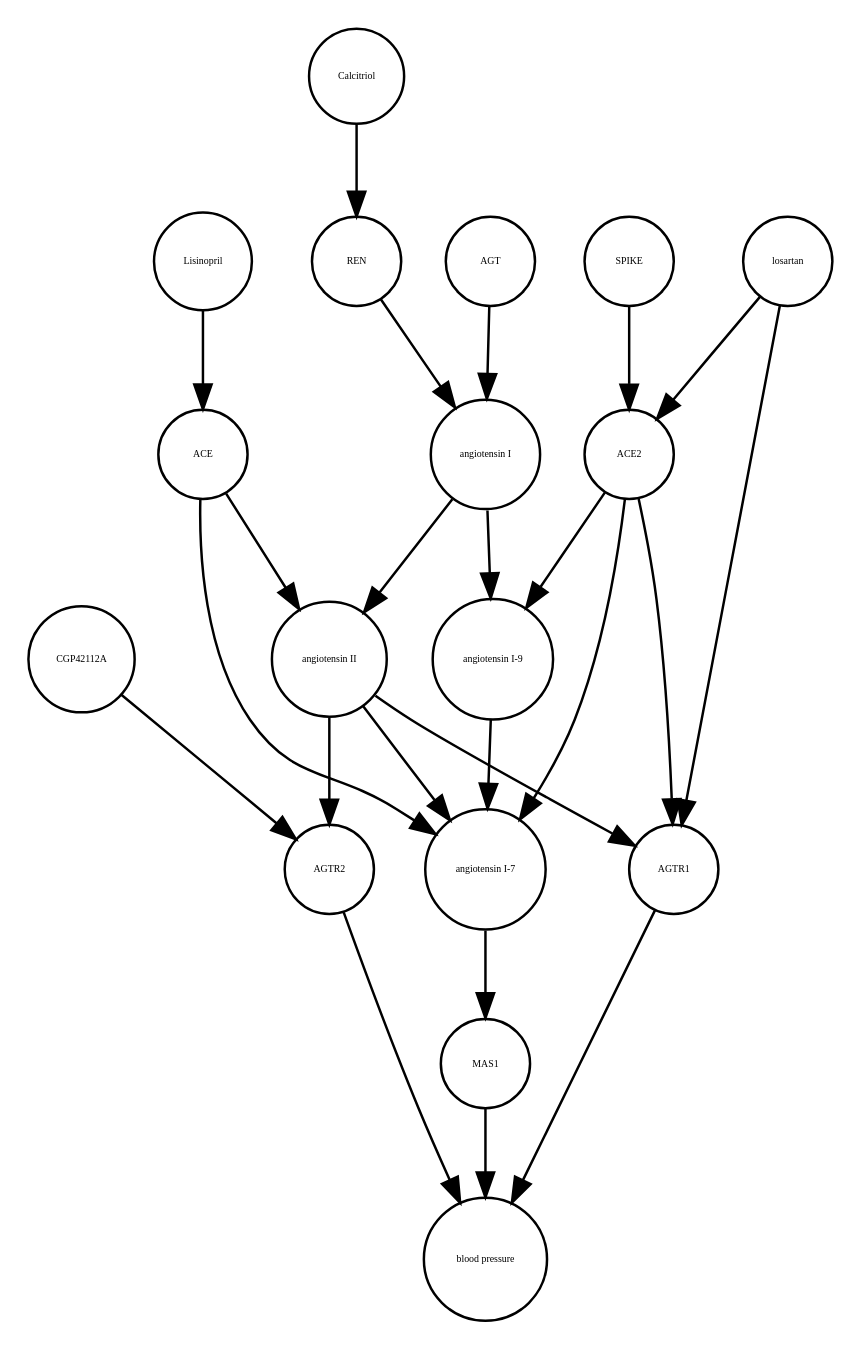
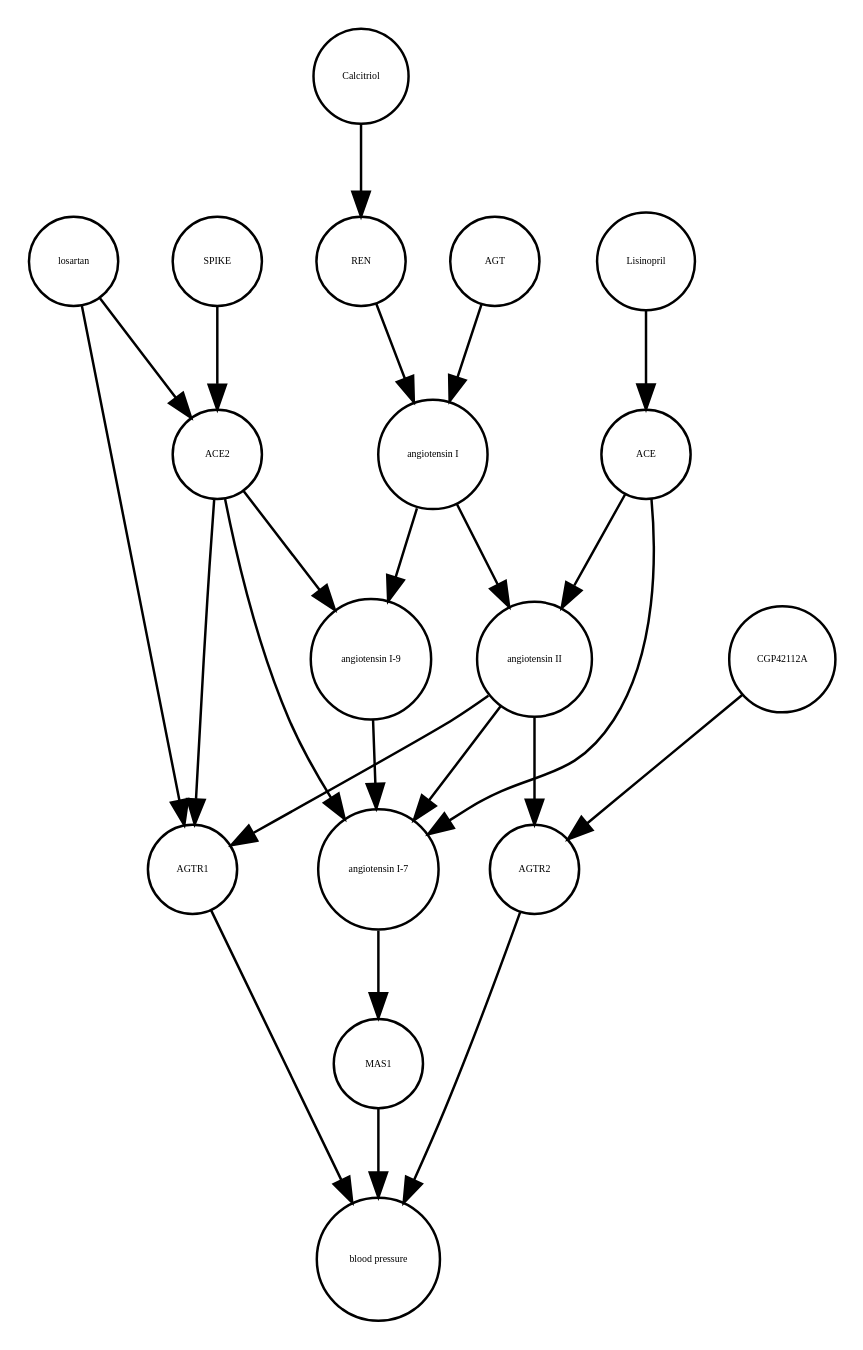
One commit to cannin/covid19-sbgn changed the diagram in Role_of_spike_ACE2_interaction_in_pulmonary_blood_pressure_regulation_v3.xml_projected.dot. Above: the diagram before and after it, drawn with Graphviz. The commit also changed 637 other files, not shown here.

```diff
--- a/Role_of_spike_ACE2_interaction_in_pulmonary_blood_pressure_regulation_v3.xml_projected.dot
+++ b/Role_of_spike_ACE2_interaction_in_pulmonary_blood_pressure_regulation_v3.xml_projected.dot
@@ -1,42 +1,42 @@
 strict digraph  {
 MAS1 [annotation="", bipartite=0, cls=macromolecule, fontsize=4, label=MAS1, shape=circle];
 "blood pressure" [annotation="", bipartite=0, cls=phenotype, fontsize=4, label="blood pressure", shape=circle];
 AGTR2 [annotation="", bipartite=0, cls=macromolecule, fontsize=4, label=AGTR2, shape=circle];
 AGTR1 [annotation="", bipartite=0, cls=macromolecule, fontsize=4, label=AGTR1, shape=circle];
+Calcitriol [annotation="", bipartite=0, cls="simple chemical", fontsize=4, label=Calcitriol, shape=circle];
+"angiotensin II" [annotation="", bipartite=0, cls="simple chemical", fontsize=4, label="angiotensin II", shape=circle];
+"angiotensin I" [annotation="", bipartite=0, cls="simple chemical", fontsize=4, label="angiotensin I", shape=circle];
+AGT [annotation="", bipartite=0, cls=macromolecule, fontsize=4, label=AGT, shape=circle];
+REN [annotation="", bipartite=0, cls=macromolecule, fontsize=4, label=REN, shape=circle];
+SPIKE [annotation="", bipartite=0, cls=macromolecule, fontsize=4, label=SPIKE, shape=circle];
+"angiotensin I-9" [annotation="", bipartite=0, cls="simple chemical", fontsize=4, label="angiotensin I-9", shape=circle];
+"angiotensin I-7" [annotation="", bipartite=0, cls="simple chemical", fontsize=4, label="angiotensin I-7", shape=circle];
+losartan [annotation="", bipartite=0, cls="simple chemical", fontsize=4, label=losartan, shape=circle];
+CGP42112A [annotation="", bipartite=0, cls="simple chemical", fontsize=4, label=CGP42112A, shape=circle];
 ACE2 [annotation="", bipartite=0, cls=macromolecule, fontsize=4, label=ACE2, shape=circle];
-losartan [annotation="", bipartite=0, cls="simple chemical", fontsize=4, label=losartan, shape=circle];
-"angiotensin I" [annotation="", bipartite=0, cls="simple chemical", fontsize=4, label="angiotensin I", shape=circle];
-SPIKE [annotation="", bipartite=0, cls=macromolecule, fontsize=4, label=SPIKE, shape=circle];
-Calcitriol [annotation="", bipartite=0, cls="simple chemical", fontsize=4, label=Calcitriol, shape=circle];
-CGP42112A [annotation="", bipartite=0, cls="simple chemical", fontsize=4, label=CGP42112A, shape=circle];
-AGT [annotation="", bipartite=0, cls=macromolecule, fontsize=4, label=AGT, shape=circle];
-"angiotensin I-9" [annotation="", bipartite=0, cls="simple chemical", fontsize=4, label="angiotensin I-9", shape=circle];
-REN [annotation="", bipartite=0, cls=macromolecule, fontsize=4, label=REN, shape=circle];
-"angiotensin II" [annotation="", bipartite=0, cls="simple chemical", fontsize=4, label="angiotensin II", shape=circle];
-"angiotensin I-7" [annotation="", bipartite=0, cls="simple chemical", fontsize=4, label="angiotensin I-7", shape=circle];
+Lisinopril [annotation="", bipartite=0, cls="simple chemical", fontsize=4, label=Lisinopril, shape=circle];
 ACE [annotation="", bipartite=0, cls=macromolecule, fontsize=4, label=ACE, shape=circle];
-Lisinopril [annotation="", bipartite=0, cls="simple chemical", fontsize=4, label=Lisinopril, shape=circle];
 MAS1 -> "blood pressure"  [annotation="", interaction_type=inhibition];
 AGTR2 -> "blood pressure"  [annotation="", interaction_type=inhibition];
 AGTR1 -> "blood pressure"  [annotation="", interaction_type=stimulation];
-ACE2 -> "angiotensin I-7"  [annotation="", interaction_type=catalysis];
-ACE2 -> "angiotensin I-9"  [annotation="", interaction_type=catalysis];
-ACE2 -> AGTR1  [annotation="", interaction_type=production];
-losartan -> AGTR1  [annotation="", interaction_type=production];
-losartan -> ACE2  [annotation="", interaction_type=production];
+Calcitriol -> REN  [annotation="", interaction_type=inhibition];
+"angiotensin II" -> AGTR1  [annotation="", interaction_type=production];
+"angiotensin II" -> AGTR2  [annotation="", interaction_type=production];
+"angiotensin II" -> "angiotensin I-7"  [annotation="", interaction_type=production];
 "angiotensin I" -> "angiotensin II"  [annotation="", interaction_type=production];
 "angiotensin I" -> "angiotensin I-9"  [annotation="", interaction_type=production];
+AGT -> "angiotensin I"  [annotation="", interaction_type=production];
+REN -> "angiotensin I"  [annotation="", interaction_type=catalysis];
 SPIKE -> ACE2  [annotation="", interaction_type=production];
-Calcitriol -> REN  [annotation="", interaction_type=inhibition];
+"angiotensin I-9" -> "angiotensin I-7"  [annotation="", interaction_type=production];
+"angiotensin I-7" -> MAS1  [annotation="", interaction_type=production];
+losartan -> ACE2  [annotation="", interaction_type=production];
+losartan -> AGTR1  [annotation="", interaction_type=production];
 CGP42112A -> AGTR2  [annotation="", interaction_type=production];
-AGT -> "angiotensin I"  [annotation="", interaction_type=production];
-"angiotensin I-9" -> "angiotensin I-7"  [annotation="", interaction_type=production];
-REN -> "angiotensin I"  [annotation="", interaction_type=catalysis];
-"angiotensin II" -> AGTR1  [annotation="", interaction_type=modulation];
-"angiotensin II" -> "angiotensin I-7"  [annotation="", interaction_type=production];
-"angiotensin II" -> AGTR2  [annotation="", interaction_type=production];
-"angiotensin I-7" -> MAS1  [annotation="", interaction_type=production];
+ACE2 -> AGTR1  [annotation="", interaction_type=production];
+ACE2 -> "angiotensin I-9"  [annotation="", interaction_type=catalysis];
+ACE2 -> "angiotensin I-7"  [annotation="", interaction_type=catalysis];
+Lisinopril -> ACE  [annotation="", interaction_type=production];
 ACE -> "angiotensin II"  [annotation="", interaction_type=catalysis];
 ACE -> "angiotensin I-7"  [annotation="", interaction_type=catalysis];
-Lisinopril -> ACE  [annotation="", interaction_type=production];
 }
```
